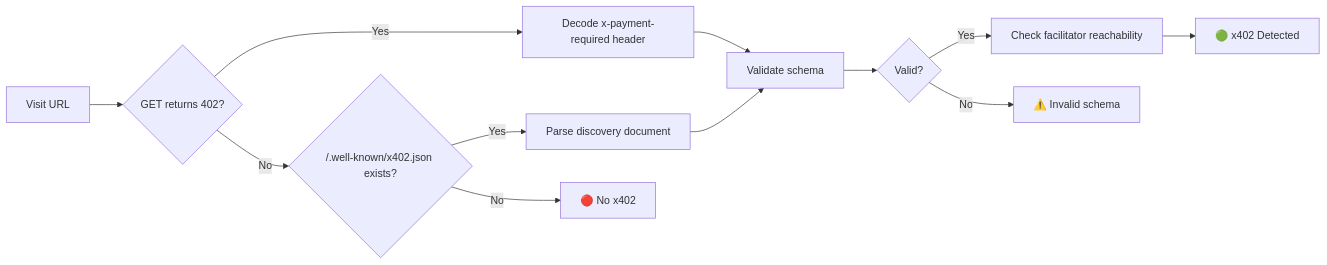
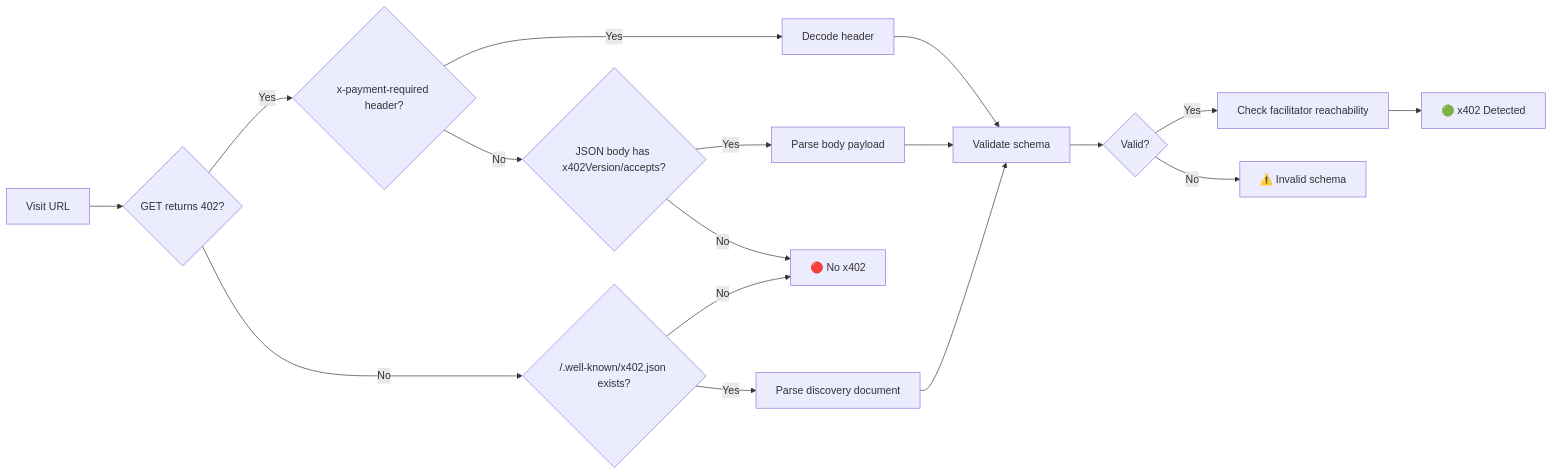
The third of 4 diagrams in README.md (suryast/x402-check), drawn with Mermaid before and after one commit. The commit also changed other lines of this file and 2 other files, not shown here.

First line of the commit message:
docs: update README with body-based detection, live API URL, correct rate limits

````diff
--- a/README.md
+++ b/README.md
@@ -76,14 +76,19 @@
 ```mermaid
 flowchart LR
     A[Visit URL] --> B{GET returns 402?}
-    B -->|Yes| C[Decode x-payment-required header]
+    B -->|Yes| C{x-payment-required header?}
+    C -->|Yes| C2[Decode header]
+    C -->|No| C3{JSON body has x402Version/accepts?}
+    C3 -->|Yes| C4[Parse body payload]
+    C3 -->|No| F[🔴 No x402]
     B -->|No| D{/.well-known/x402.json exists?}
     D -->|Yes| E[Parse discovery document]
-    D -->|No| F[🔴 No x402]
-    C --> G[Validate schema]
+    D -->|No| F
+    C2 --> G[Validate schema]
+    C4 --> G
     E --> G
     G --> H{Valid?}
     H -->|Yes| I[Check facilitator reachability]
     H -->|No| J[⚠️ Invalid schema]
     I --> K[🟢 x402 Detected]
 ```
````
